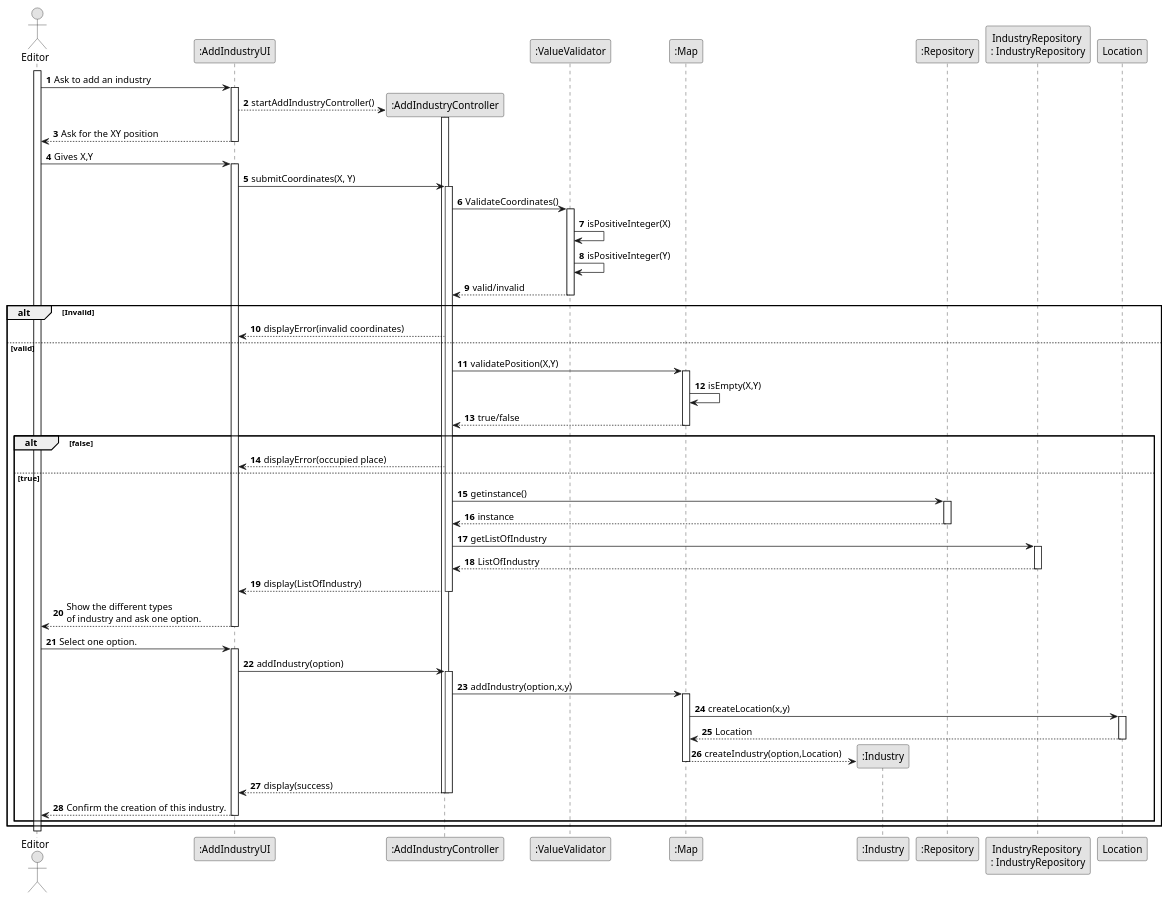
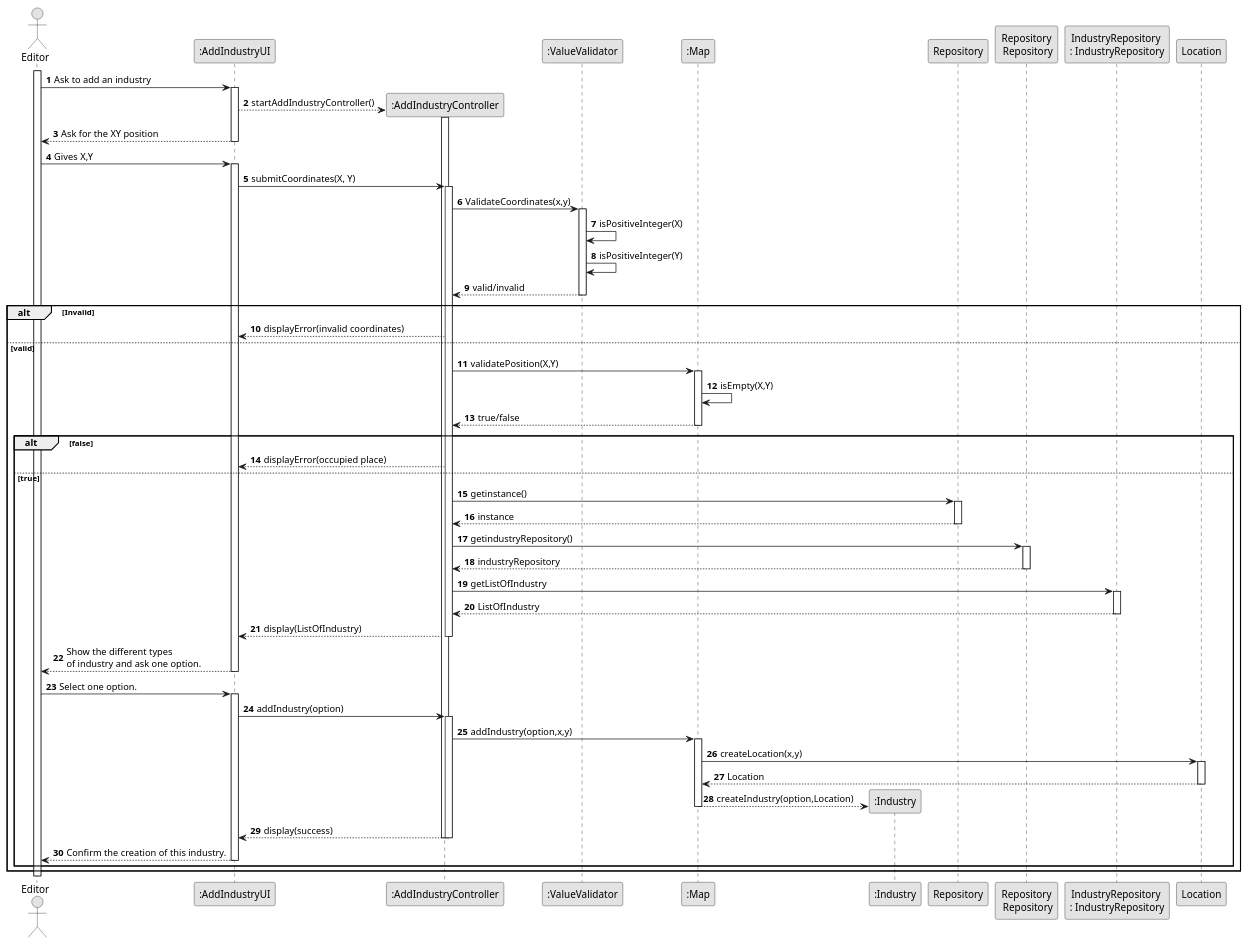
Before and after one commit to 1240826/empire-on-tracks: the diagram in docs/system-documentation/US002/03.design/puml/US002-SD-full.puml, drawn with PlantUML. The commit also changed 19 other files, not shown here.

```diff
--- a/docs/system-documentation/US002/03.design/puml/US002-SD-full.puml
+++ b/docs/system-documentation/US002/03.design/puml/US002-SD-full.puml
@@ -1,87 +1,92 @@
 @startuml
 skinparam monochrome true
 skinparam packageStyle rectangle
 skinparam shadowing false
 
 autonumber
 
 actor "Editor" as Editor
 participant ":AddIndustryUI" as UI
 participant ":AddIndustryController" as Controller
 participant ":ValueValidator" as Validator
 participant ":Map" as Map
 participant ":Industry" as Industry
-participant ":Repository" as Rep
+participant "Repository" as Rep
+participant "Repository\n Repository" as Repo
 participant "IndustryRepository \n: IndustryRepository" as Repository
 
 activate Editor
 
 Editor -> UI : Ask to add an industry
 activate UI
 UI --> Controller**: startAddIndustryController()
 activate Controller
 
 
 UI --> Editor : Ask for the XY position
 deactivate UI
 
 Editor -> UI : Gives X,Y
 activate UI
 UI -> Controller : submitCoordinates(X, Y)
 
 activate Controller
-Controller->Validator:ValidateCoordinates()
+Controller->Validator:ValidateCoordinates(x,y)
 activate Validator
 Validator->Validator:isPositiveInteger(X)
 Validator->Validator:isPositiveInteger(Y)
 Validator-->Controller:valid/invalid
 deactivate Validator
 alt Invalid
 Controller-->UI: displayError(invalid coordinates)
 else valid
 Controller->Map:validatePosition(X,Y)
 activate Map
 Map->Map:isEmpty(X,Y)
 Map-->Controller:true/false
 deactivate Map
 alt false
 Controller-->UI: displayError(occupied place)
 else true
 Controller->Rep:getinstance()
 activate Rep
 Rep-->Controller:instance
 deactivate Rep
+Controller ->Repo:getindustryRepository()
+activate Repo
+Repo-->Controller:industryRepository
+deactivate Repo
 Controller->Repository:getListOfIndustry
 activate Repository
 Repository-->Controller:ListOfIndustry
 deactivate Repository
 Controller-->UI: display(ListOfIndustry)
 deactivate Controller
 UI-->Editor:Show the different types \nof industry and ask one option.
 deactivate UI
 Editor->UI:Select one option.
 activate UI
 UI->Controller: addIndustry(option)
 activate Controller
 Controller->Map: addIndustry(option,x,y)
 activate Map
 Map->Location:createLocation(x,y)
 activate Location
 Location-->Map:Location
 deactivate Location
 Map-->Industry**:createIndustry(option,Location)
 deactivate Map
 
 Controller-->UI: display(success)
 deactivate Controller
 deactivate Controller
 UI-->Editor:Confirm the creation of this industry.
 deactivate UI
 
 
 end
 end
 
 
 deactivate Editor
 @enduml
```
